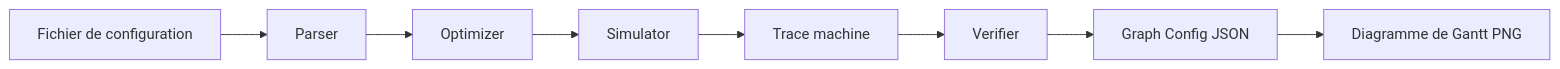
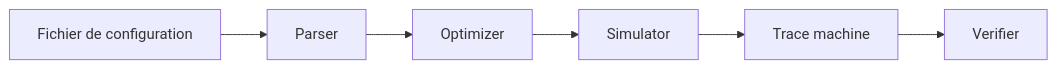
The diagram in docs/pipeline.md (raveriss/krpsim), drawn with Mermaid before and after one commit. The commit also changed other lines of this file and 32 other files, not shown here.

````diff
--- a/docs/pipeline.md
+++ b/docs/pipeline.md
@@ -7,10 +7,8 @@
 ```mermaid
 flowchart LR
     A[Fichier de configuration] --> B[Parser]
     B --> C[Optimizer]
     C --> D[Simulator]
     D --> E[Trace machine]
     E --> F[Verifier]
-    F --> G[Graph Config JSON]
-    G --> H[Diagramme de Gantt PNG]
 ```
````
